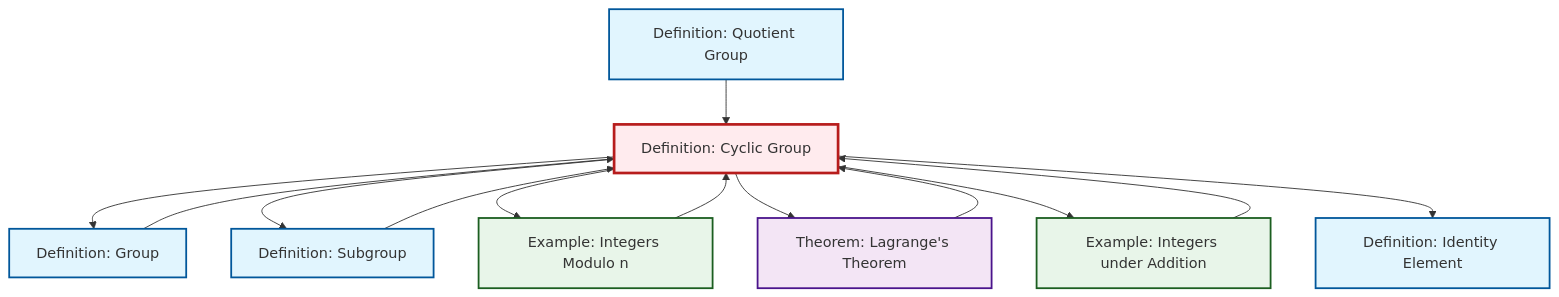
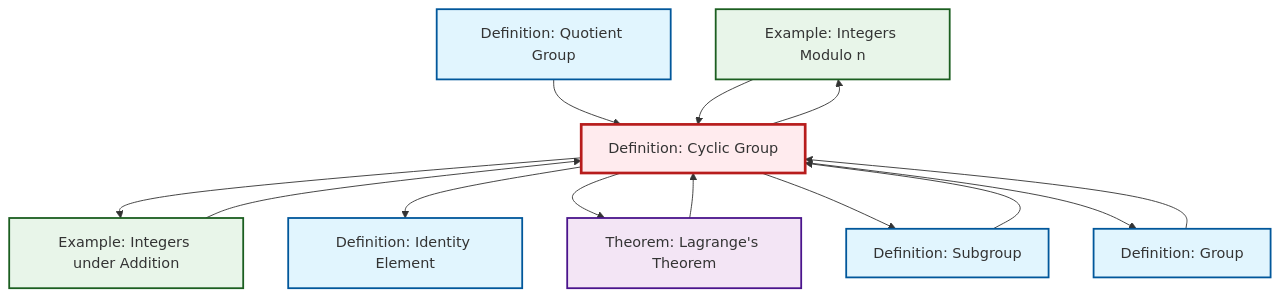
Before and after one commit to RK0429/ModernMath: the diagram in output/mermaid/def-cyclic-group.mermaid, drawn with Mermaid. The commit also changed other lines of this file and 434 other files, not shown here.

```diff
--- a/output/mermaid/def-cyclic-group.mermaid
+++ b/output/mermaid/def-cyclic-group.mermaid
@@ -1,28 +1,28 @@
 %%| fig-cap: "Local dependency graph"
 graph TD
     classDef definition fill:#e1f5fe,stroke:#01579b,stroke-width:2px
     classDef theorem fill:#f3e5f5,stroke:#4a148c,stroke-width:2px
     classDef axiom fill:#fff3e0,stroke:#e65100,stroke-width:2px
     classDef example fill:#e8f5e9,stroke:#1b5e20,stroke-width:2px
     classDef current fill:#ffebee,stroke:#b71c1c,stroke-width:3px
+    ex-quotient-integers-mod-n["Example: Integers Modulo n"]:::example
+    def-group["Definition: Group"]:::definition
+    def-quotient-group["Definition: Quotient Group"]:::definition
+    ex-integers-addition["Example: Integers under Addition"]:::example
     def-identity-element["Definition: Identity Element"]:::definition
+    thm-lagrange["Theorem: Lagrange's Theorem"]:::theorem
     def-cyclic-group["Definition: Cyclic Group"]:::definition
-    ex-quotient-integers-mod-n["Example: Integers Modulo n"]:::example
-    ex-integers-addition["Example: Integers under Addition"]:::example
-    def-quotient-group["Definition: Quotient Group"]:::definition
     def-subgroup["Definition: Subgroup"]:::definition
-    def-group["Definition: Group"]:::definition
-    thm-lagrange["Theorem: Lagrange's Theorem"]:::theorem
+    def-group --> def-cyclic-group
+    def-quotient-group --> def-cyclic-group
     thm-lagrange --> def-cyclic-group
-    def-quotient-group --> def-cyclic-group
-    def-cyclic-group --> def-group
-    def-cyclic-group --> def-subgroup
+    ex-quotient-integers-mod-n --> def-cyclic-group
+    def-subgroup --> def-cyclic-group
+    def-cyclic-group --> ex-integers-addition
+    def-cyclic-group --> def-identity-element
     def-cyclic-group --> ex-quotient-integers-mod-n
     def-cyclic-group --> thm-lagrange
-    ex-quotient-integers-mod-n --> def-cyclic-group
-    def-group --> def-cyclic-group
+    def-cyclic-group --> def-subgroup
     ex-integers-addition --> def-cyclic-group
-    def-cyclic-group --> ex-integers-addition
-    def-subgroup --> def-cyclic-group
-    def-cyclic-group --> def-identity-element
+    def-cyclic-group --> def-group
     class def-cyclic-group current
```
